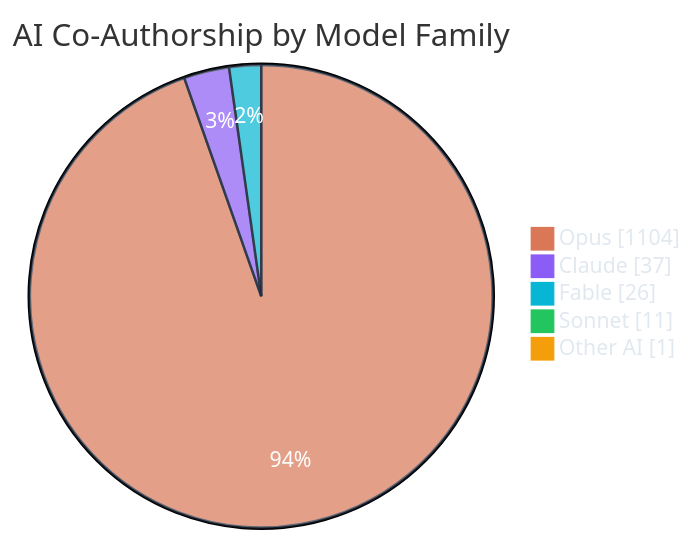
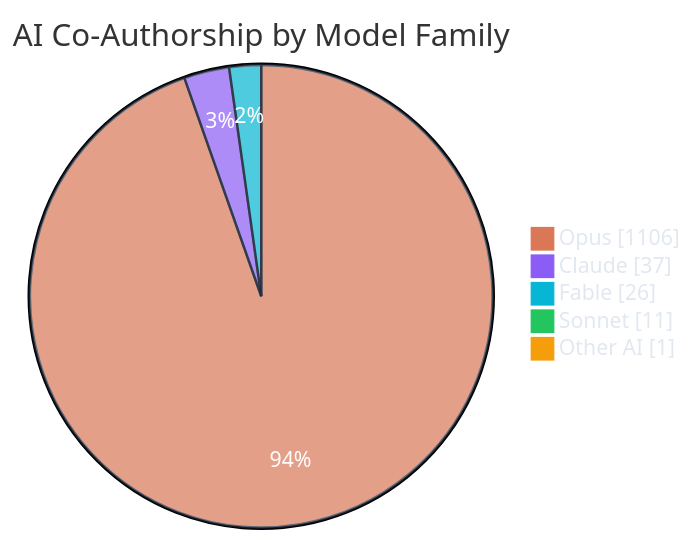
The third of 7 diagrams in README.md (polo-nyan/polo-nyan), drawn with Mermaid before and after one commit. The commit also changed other lines of this file and 1 other file, not shown here.

````diff
--- a/README.md
+++ b/README.md
@@ -279,10 +279,10 @@
 ```mermaid
 %%{init: {"theme": "base", "themeVariables": { "pie1": "#d97757", "pie2": "#8b5cf6", "pie3": "#06b6d4", "pie4": "#22c55e", "pie5": "#f59e0b", "pie6": "#ec4899", "pieTextColor": "#ffffff", "pieLegendTextColor": "#e2e8f0", "pieSectionTextColor": "#ffffff", "pieStrokeColor": "#1e293b" }}}%%
 pie showData
     title AI Co-Authorship by Model Family
-    "Opus" : 1104
+    "Opus" : 1106
     "Claude" : 37
     "Fable" : 26
     "Sonnet" : 11
     "Other AI" : 1
 ```
````
